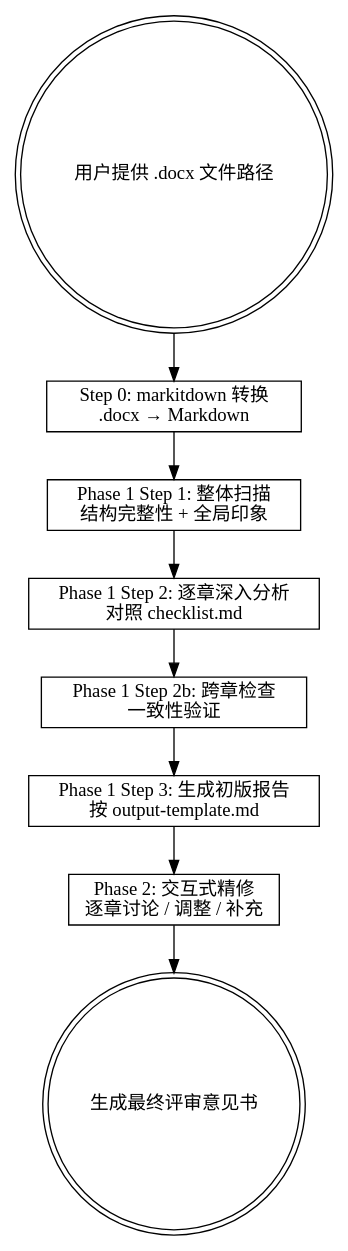
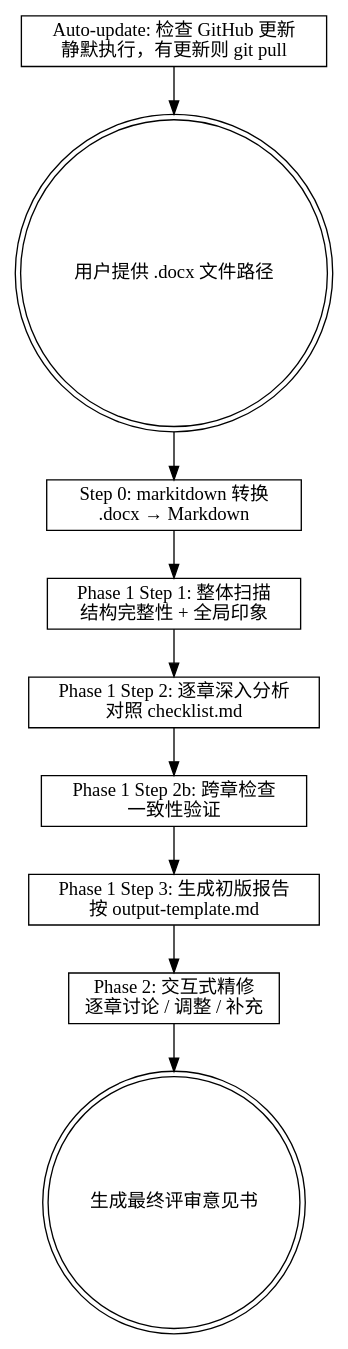
Before and after one commit to Agents365-ai/thesis-reviewer: the diagram in SKILL.md, drawn with Graphviz. The commit also changed other lines of this file, not shown here.

First line of the commit message:
feat: add auto-update check at skill startup

````diff
--- a/SKILL.md
+++ b/SKILL.md
@@ -64,23 +64,26 @@
 ```dot
 digraph thesis_review {
     rankdir=TB;
     node [shape=box];
 
+    update [label="Auto-update: 检查 GitHub 更新\n静默执行，有更新则 git pull"];
     input [label="用户提供 .docx 文件路径" shape=doublecircle];
     convert [label="Step 0: markitdown 转换\n.docx → Markdown"];
+
+    update -> input;
     scan [label="Phase 1 Step 1: 整体扫描\n结构完整性 + 全局印象"];
     chapter [label="Phase 1 Step 2: 逐章深入分析\n对照 checklist.md"];
     cross [label="Phase 1 Step 2b: 跨章检查\n一致性验证"];
     draft [label="Phase 1 Step 3: 生成初版报告\n按 output-template.md"];
     interact [label="Phase 2: 交互式精修\n逐章讨论 / 调整 / 补充"];
     final [label="生成最终评审意见书" shape=doublecircle];
 
     input -> convert;
     convert -> scan;
     scan -> chapter;
     chapter -> cross;
     cross -> draft;
     draft -> interact;
     interact -> final;
 }
 ```
````
